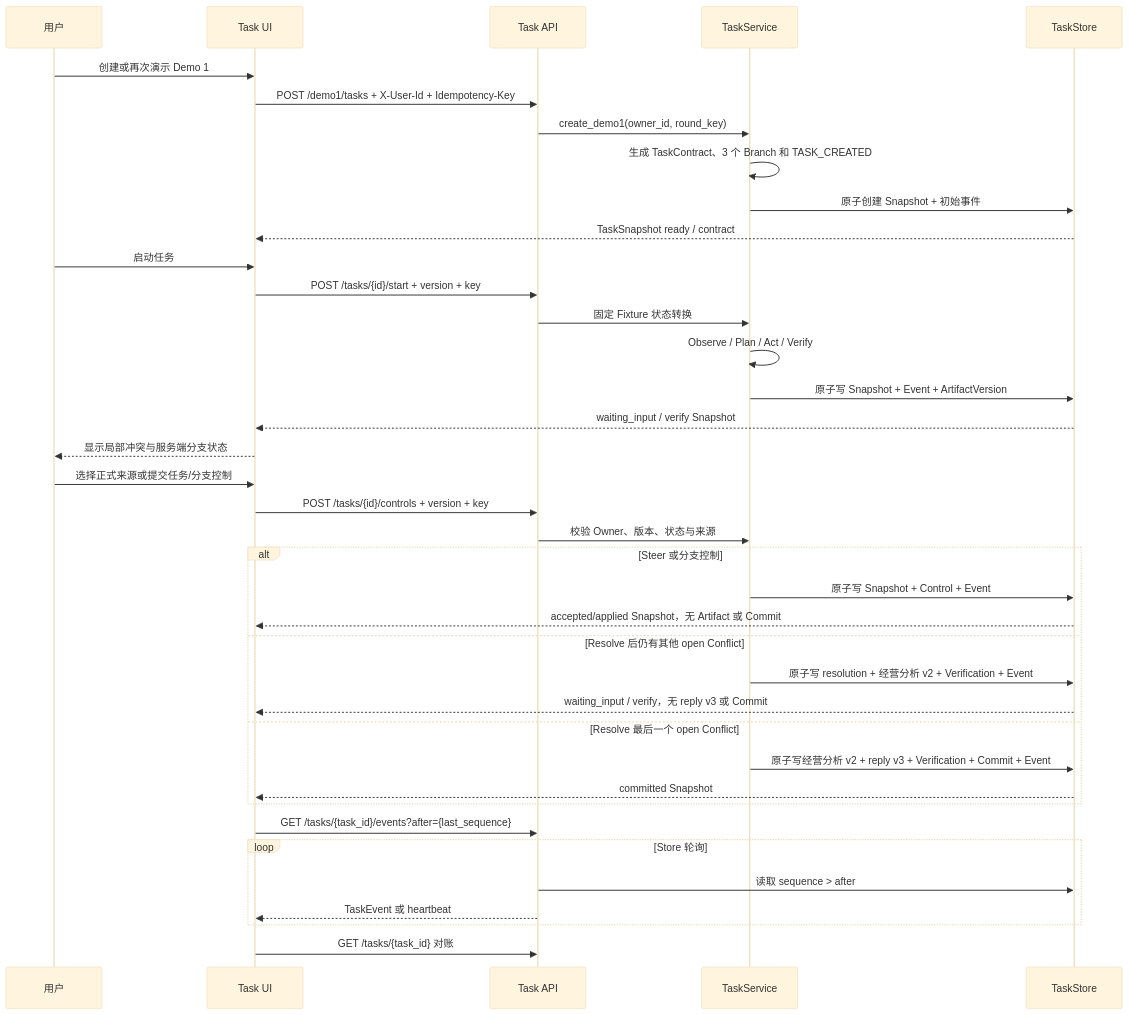
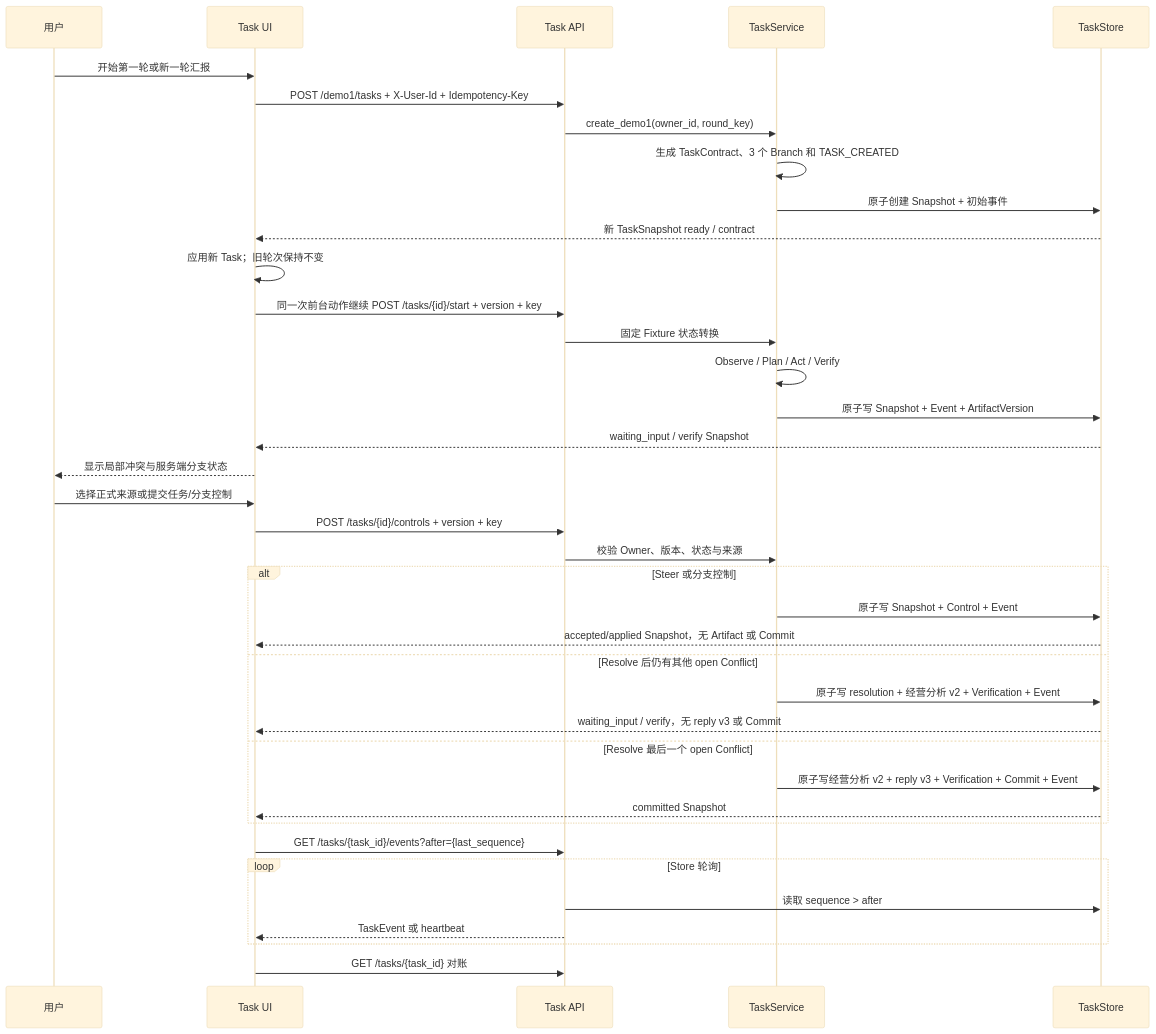
Before and after one commit to Dickey007s/lenovo_agent: the fourth of 4 diagrams in docs/ARCHITECTURE.md, drawn with Mermaid (base theme). The commit also changed other lines of this file and 25 other files, not shown here.

Commit message:
fix(tasks): clarify demo sources and new report rounds

````diff
--- a/docs/ARCHITECTURE.md
+++ b/docs/ARCHITECTURE.md
@@ -183,41 +183,41 @@
 ```mermaid
 sequenceDiagram
     participant U as 用户
     participant W as Task UI
     participant A as Task API
     participant S as TaskService
     participant D as TaskStore
 
-    U->>W: 创建或再次演示 Demo 1
+    U->>W: 开始第一轮或新一轮汇报
     W->>A: POST /demo1/tasks + X-User-Id + Idempotency-Key
     A->>S: create_demo1(owner_id, round_key)
     S->>S: 生成 TaskContract、3 个 Branch 和 TASK_CREATED
     S->>D: 原子创建 Snapshot + 初始事件
-    D-->>W: TaskSnapshot ready / contract
-    U->>W: 启动任务
-    W->>A: POST /tasks/{id}/start + version + key
+    D-->>W: 新 TaskSnapshot ready / contract
+    W->>W: 应用新 Task；旧轮次保持不变
+    W->>A: 同一次前台动作继续 POST /tasks/{id}/start + version + key
     A->>S: 固定 Fixture 状态转换
     S->>S: Observe / Plan / Act / Verify
     S->>D: 原子写 Snapshot + Event + ArtifactVersion
     D-->>W: waiting_input / verify Snapshot
     W-->>U: 显示局部冲突与服务端分支状态
     U->>W: 选择正式来源或提交任务/分支控制
     W->>A: POST /tasks/{id}/controls + version + key
     A->>S: 校验 Owner、版本、状态与来源
     alt Steer 或分支控制
         S->>D: 原子写 Snapshot + Control + Event
         D-->>W: accepted/applied Snapshot，无 Artifact 或 Commit
     else Resolve 后仍有其他 open Conflict
         S->>D: 原子写 resolution + 经营分析 v2 + Verification + Event
         D-->>W: waiting_input / verify，无 reply v3 或 Commit
     else Resolve 最后一个 open Conflict
         S->>D: 原子写经营分析 v2 + reply v3 + Verification + Commit + Event
         D-->>W: committed Snapshot
     end
     W->>A: GET /tasks/{task_id}/events?after={last_sequence}
     loop Store 轮询
         A->>D: 读取 sequence > after
         A-->>W: TaskEvent 或 heartbeat
     end
     W->>A: GET /tasks/{task_id} 对账
 ```
````
